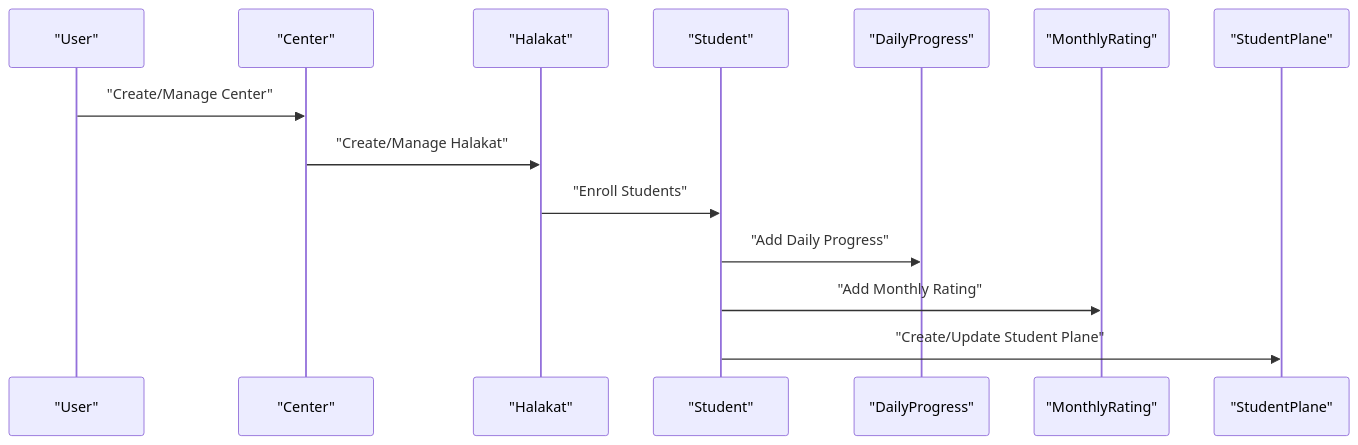
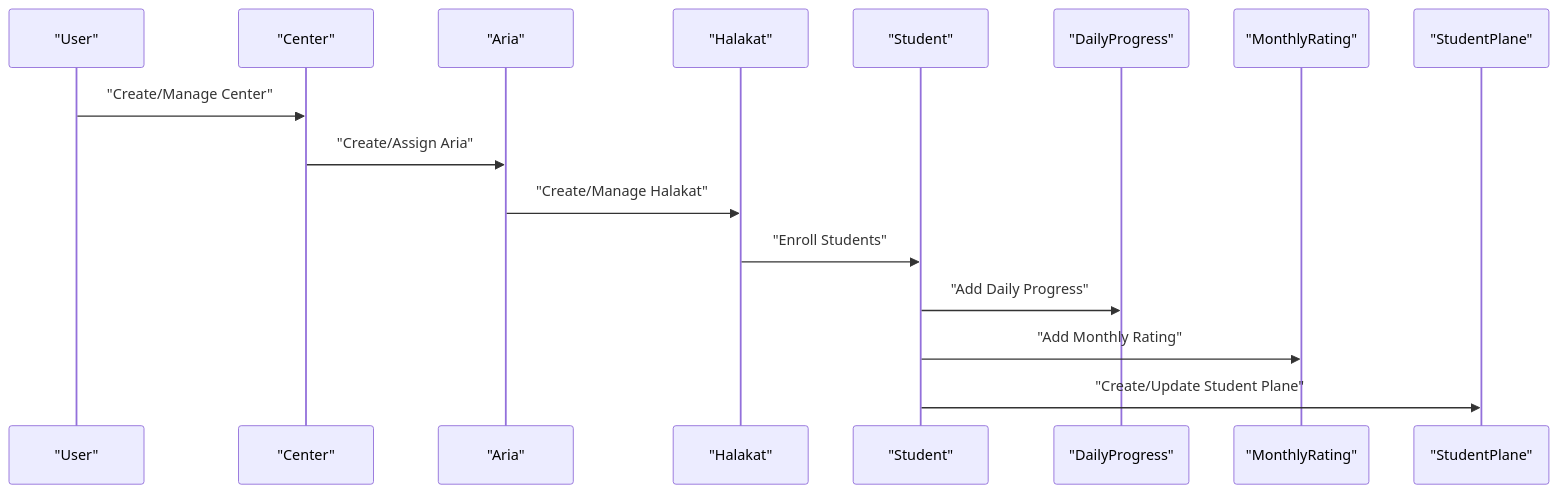
Before and after one commit to Mreng78/khirocom_project: the third of 5 diagrams in .qoder/repowiki/en/content/Database Design/Database Design.md, drawn with Mermaid. The commit also changed other lines of this file and 13 other files, not shown here.

````diff
--- a/.qoder/repowiki/en/content/Database Design/Database Design.md
+++ b/.qoder/repowiki/en/content/Database Design/Database Design.md
@@ -269,16 +374,18 @@
 ```mermaid
 sequenceDiagram
 participant U as "User"
 participant C as "Center"
+participant A as "Aria"
 participant H as "Halakat"
 participant S as "Student"
 participant DP as "DailyProgress"
 participant MR as "MonthlyRating"
 participant SP as "StudentPlane"
 U->>C : "Create/Manage Center"
-C->>H : "Create/Manage Halakat"
+C->>A : "Create/Assign Aria"
+A->>H : "Create/Manage Halakat"
 H->>S : "Enroll Students"
 S->>DP : "Add Daily Progress"
 S->>MR : "Add Monthly Rating"
 S->>SP : "Create/Update Student Plane"
 ```
````
